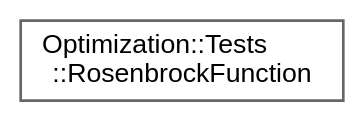
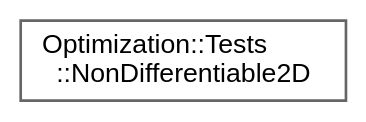
One commit to jswoo0615/Algorithms_for_Optimization_cpp changed the diagram in inherit_graph_30.dot. Above: the diagram before and after it, drawn with Graphviz. The commit also changed 39 other files, not shown here.

```diff
--- a/inherit_graph_30.dot
+++ b/inherit_graph_30.dot
@@ -1,9 +1,9 @@
 digraph "Graphical Class Hierarchy"
 {
  // LATEX_PDF_SIZE
   bgcolor="transparent";
   edge [fontname=Helvetica,fontsize=10,labelfontname=Helvetica,labelfontsize=10];
   node [fontname=Helvetica,fontsize=10,shape=box,height=0.2,width=0.4];
   rankdir="LR";
-  Node0 [id="Node000000",label="Optimization::Tests\l::RosenbrockFunction",height=0.2,width=0.4,color="grey40", fillcolor="white", style="filled",URL="$structOptimization_1_1Tests_1_1RosenbrockFunction.html",tooltip=" "];
+  Node0 [id="Node000000",label="Optimization::Tests\l::NonDifferentiable2D",height=0.2,width=0.4,color="grey40", fillcolor="white", style="filled",URL="$structOptimization_1_1Tests_1_1NonDifferentiable2D.html",tooltip="미분 불가능한 2차원 목적 함수 (Non-differentiable Function) f(x) = |x_1| + 2 * |x_2 - 1.0| 전역 최적점: x* = [0...."];
 }
```
